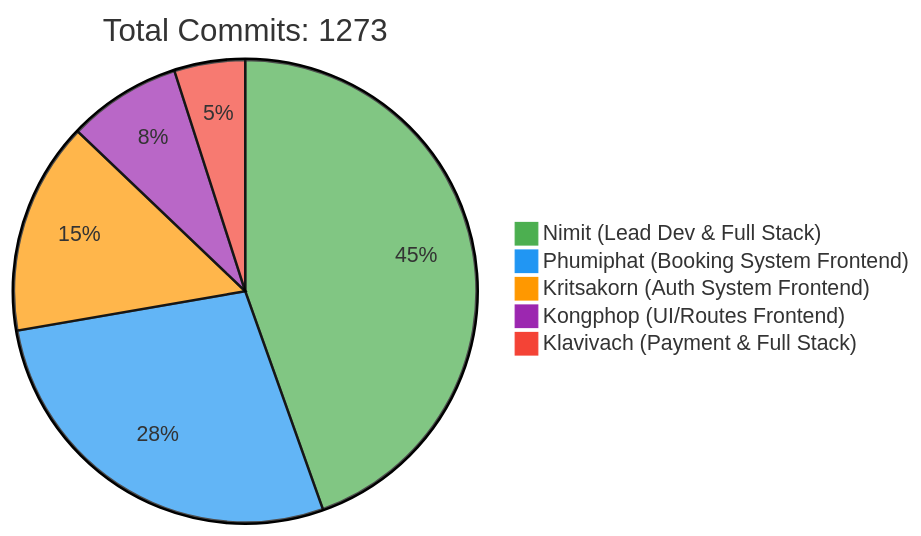
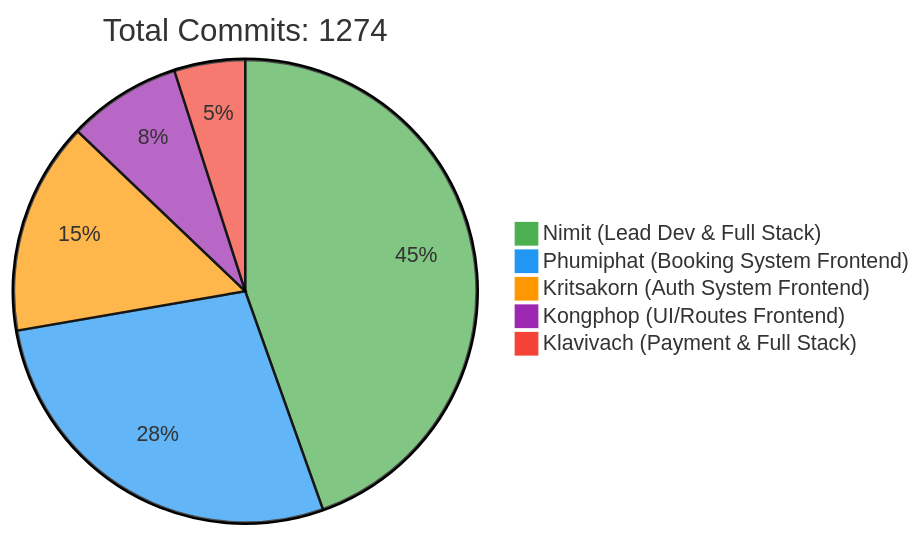
One commit to 6531503042/Sport-Complex changed the first of 2 diagrams in README.md. Above: the diagram before and after it, drawn with Mermaid. The commit also changed other lines of this file, not shown here.

Commit message:
docs: Update contributor statistics [skip ci]

````diff
--- a/README.md
+++ b/README.md
@@ -257,10 +257,10 @@
 ```mermaid
 %%{init: {'theme': 'base', 'themeVariables': { 'pie1': '#4CAF50', 'pie2': '#2196F3', 'pie3': '#FF9800', 'pie4': '#9C27B0', 'pie5': '#F44336'}}}%%
 pie
-    title Total Commits: 1273
+    title Total Commits: 1274
     "Nimit (Lead Dev & Full Stack)" : 450
     "Phumiphat (Booking System Frontend)" : 280
     "Kritsakorn (Auth System Frontend)" : 150
     "Kongphop (UI/Routes Frontend)" : 80
     "Klavivach (Payment & Full Stack)" : 50
 ```
````
